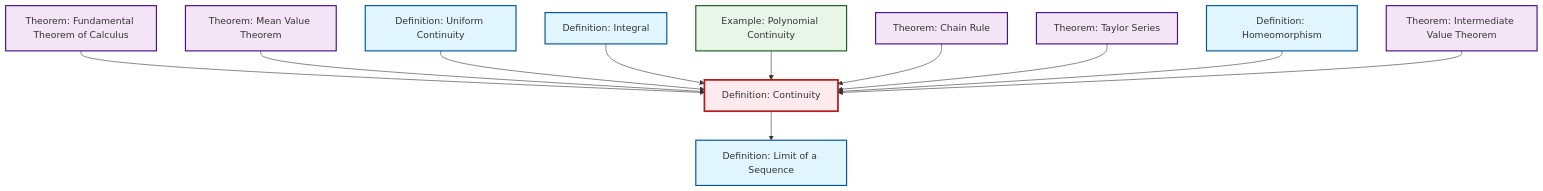
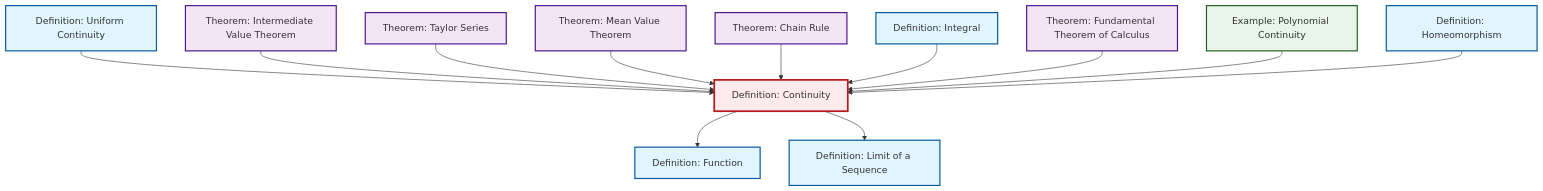
The diagram in content/ja/analysis/def-continuity.qmd (RK0429/ModernMath), drawn with Mermaid before and after one commit. The commit also changed 554 other files, not shown here.

````diff
--- a/content/ja/analysis/def-continuity.qmd
+++ b/content/ja/analysis/def-continuity.qmd
@@ -59,41 +59,44 @@
 ```{mermaid}
 %%| fig-cap: "Local dependency graph"
 graph TD
     classDef definition fill:#e1f5fe,stroke:#01579b,stroke-width:2px
     classDef theorem fill:#f3e5f5,stroke:#4a148c,stroke-width:2px
     classDef axiom fill:#fff3e0,stroke:#e65100,stroke-width:2px
     classDef example fill:#e8f5e9,stroke:#1b5e20,stroke-width:2px
     classDef current fill:#ffebee,stroke:#b71c1c,stroke-width:3px
+    def-continuity["Definition: Continuity"]:::definition
+    thm-fundamental-calculus["Theorem: Fundamental Theorem of Calculus"]:::theorem
+    thm-chain-rule["Theorem: Chain Rule"]:::theorem
+    thm-intermediate-value["Theorem: Intermediate Value Theorem"]:::theorem
     def-homeomorphism["Definition: Homeomorphism"]:::definition
-    def-integral["Definition: Integral"]:::definition
+    def-function["Definition: Function"]:::definition
     ex-polynomial-continuity["Example: Polynomial Continuity"]:::example
     thm-taylor-series["Theorem: Taylor Series"]:::theorem
+    def-limit["Definition: Limit of a Sequence"]:::definition
+    def-integral["Definition: Integral"]:::definition
     thm-mean-value["Theorem: Mean Value Theorem"]:::theorem
-    def-limit["Definition: Limit of a Sequence"]:::definition
-    thm-chain-rule["Theorem: Chain Rule"]:::theorem
     def-uniform-continuity["Definition: Uniform Continuity"]:::definition
-    def-continuity["Definition: Continuity"]:::definition
-    thm-intermediate-value["Theorem: Intermediate Value Theorem"]:::theorem
-    thm-fundamental-calculus["Theorem: Fundamental Theorem of Calculus"]:::theorem
+    def-uniform-continuity --> def-continuity
+    thm-intermediate-value --> def-continuity
+    def-continuity --> def-function
+    def-continuity --> def-limit
+    thm-taylor-series --> def-continuity
+    thm-mean-value --> def-continuity
+    thm-chain-rule --> def-continuity
+    def-integral --> def-continuity
     thm-fundamental-calculus --> def-continuity
-    thm-mean-value --> def-continuity
-    def-uniform-continuity --> def-continuity
-    def-integral --> def-continuity
-    def-continuity --> def-limit
     ex-polynomial-continuity --> def-continuity
-    thm-chain-rule --> def-continuity
-    thm-taylor-series --> def-continuity
     def-homeomorphism --> def-continuity
-    thm-intermediate-value --> def-continuity
     class def-continuity current
+    click thm-fundamental-calculus "thm-fundamental-calculus.html" "Theorem: Fundamental Theorem of Calculusへ"
+    click thm-chain-rule "thm-chain-rule.html" "Theorem: Chain Ruleへ"
+    click thm-intermediate-value "thm-intermediate-value.html" "Theorem: Intermediate Value Theoremへ"
     click def-homeomorphism "def-homeomorphism.html" "Definition: Homeomorphismへ"
-    click def-integral "def-integral.html" "Definition: Integralへ"
+    click def-function "def-function.html" "Definition: Functionへ"
     click ex-polynomial-continuity "ex-polynomial-continuity.html" "Example: Polynomial Continuityへ"
     click thm-taylor-series "thm-taylor-series.html" "Theorem: Taylor Seriesへ"
+    click def-limit "def-limit.html" "Definition: Limit of a Sequenceへ"
+    click def-integral "def-integral.html" "Definition: Integralへ"
     click thm-mean-value "thm-mean-value.html" "Theorem: Mean Value Theoremへ"
-    click def-limit "def-limit.html" "Definition: Limit of a Sequenceへ"
-    click thm-chain-rule "thm-chain-rule.html" "Theorem: Chain Ruleへ"
     click def-uniform-continuity "def-uniform-continuity.html" "Definition: Uniform Continuityへ"
-    click thm-intermediate-value "thm-intermediate-value.html" "Theorem: Intermediate Value Theoremへ"
-    click thm-fundamental-calculus "thm-fundamental-calculus.html" "Theorem: Fundamental Theorem of Calculusへ"
 ```
````
